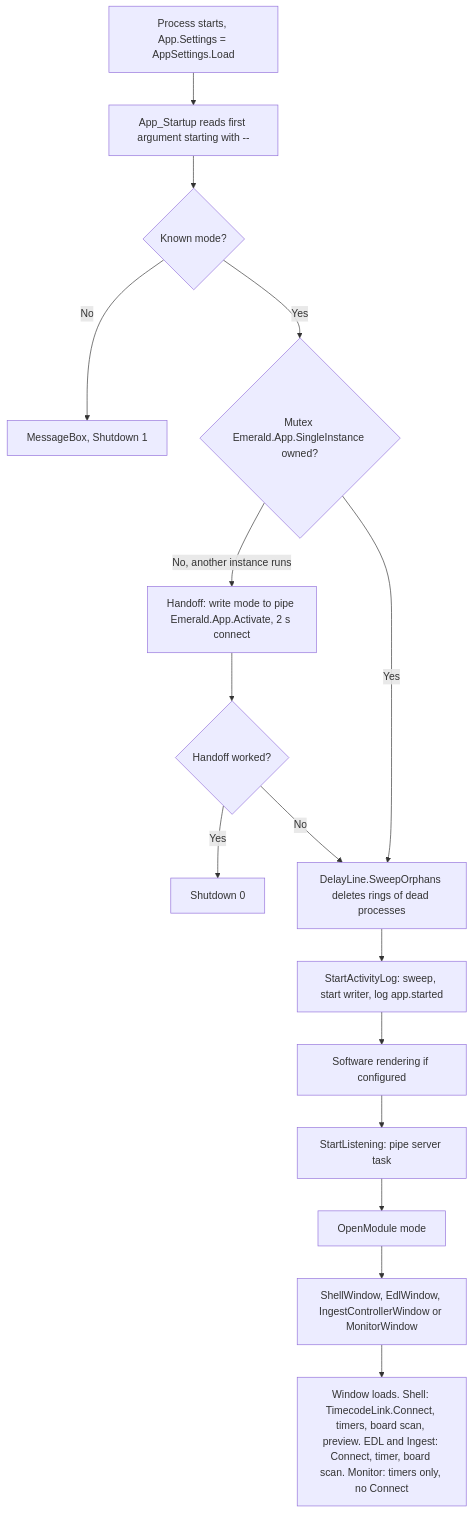
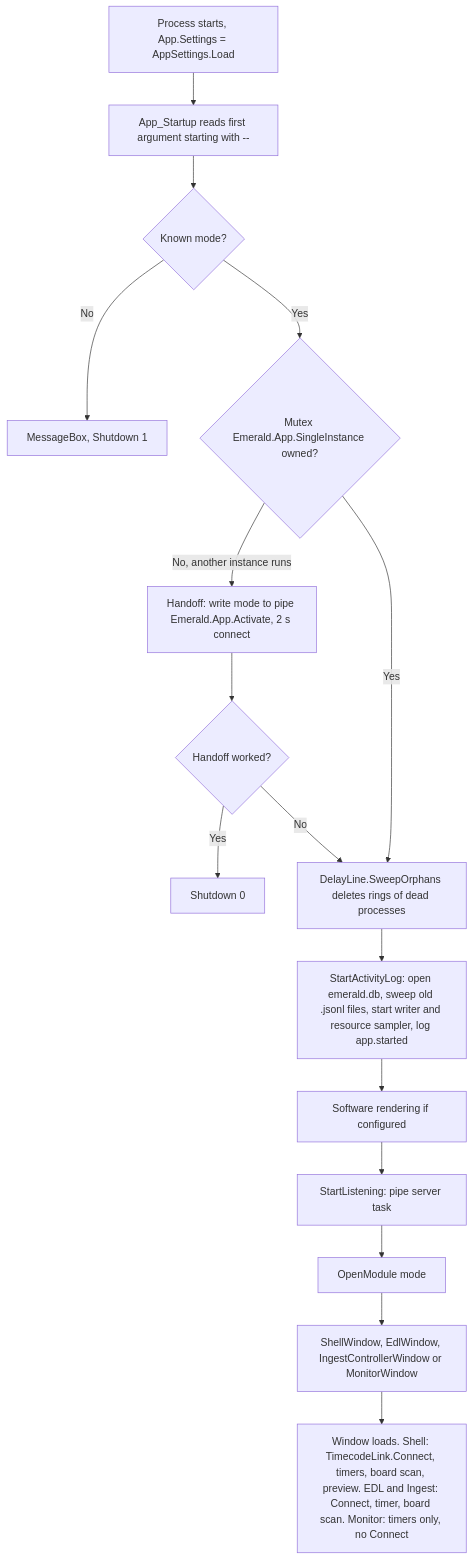
Before and after one commit to MdelarosaArcX/Emerald-EDL-Ingest: the second of 7 diagrams in DOCUMENTATION/03_SYSTEM_ARCHITECTURE.md, drawn with Mermaid. The commit also changed other lines of this file and 72 other files, not shown here.

````diff
--- a/DOCUMENTATION/03_SYSTEM_ARCHITECTURE.md
+++ b/DOCUMENTATION/03_SYSTEM_ARCHITECTURE.md
@@ -71,18 +72,18 @@
 ```mermaid
 flowchart TD
     A["Process starts, App.Settings = AppSettings.Load"] --> B["App_Startup reads first argument starting with --"]
     B --> C{"Known mode?"}
     C -- "No" --> C1["MessageBox, Shutdown 1"]
     C -- "Yes" --> D{"Mutex Emerald.App.SingleInstance owned?"}
     D -- "No, another instance runs" --> E["Handoff: write mode to pipe Emerald.App.Activate, 2 s connect"]
     E --> E1{"Handoff worked?"}
     E1 -- "Yes" --> E2["Shutdown 0"]
     E1 -- "No" --> F
     D -- "Yes" --> F["DelayLine.SweepOrphans deletes rings of dead processes"]
-    F --> G["StartActivityLog: sweep, start writer, log app.started"]
+    F --> G["StartActivityLog: open emerald.db, sweep old .jsonl files, start writer and resource sampler, log app.started"]
     G --> H["Software rendering if configured"]
     H --> I["StartListening: pipe server task"]
     I --> J["OpenModule mode"]
     J --> K["ShellWindow, EdlWindow, IngestControllerWindow or MonitorWindow"]
     K --> L["Window loads. Shell: TimecodeLink.Connect, timers, board scan, preview. EDL and Ingest: Connect, timer, board scan. Monitor: timers only, no Connect"]
 ```
````
